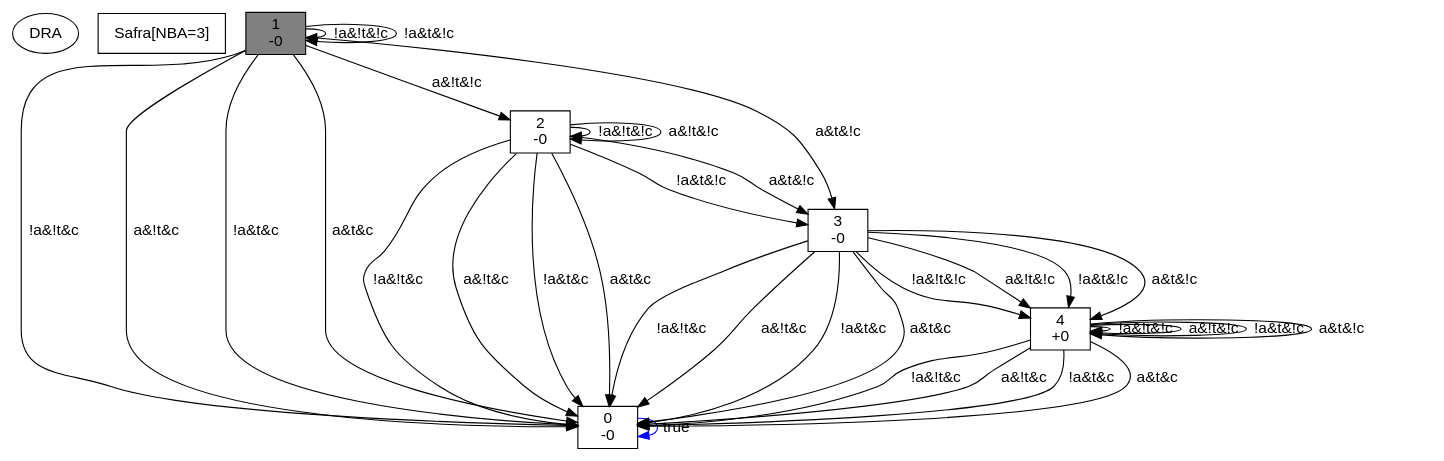
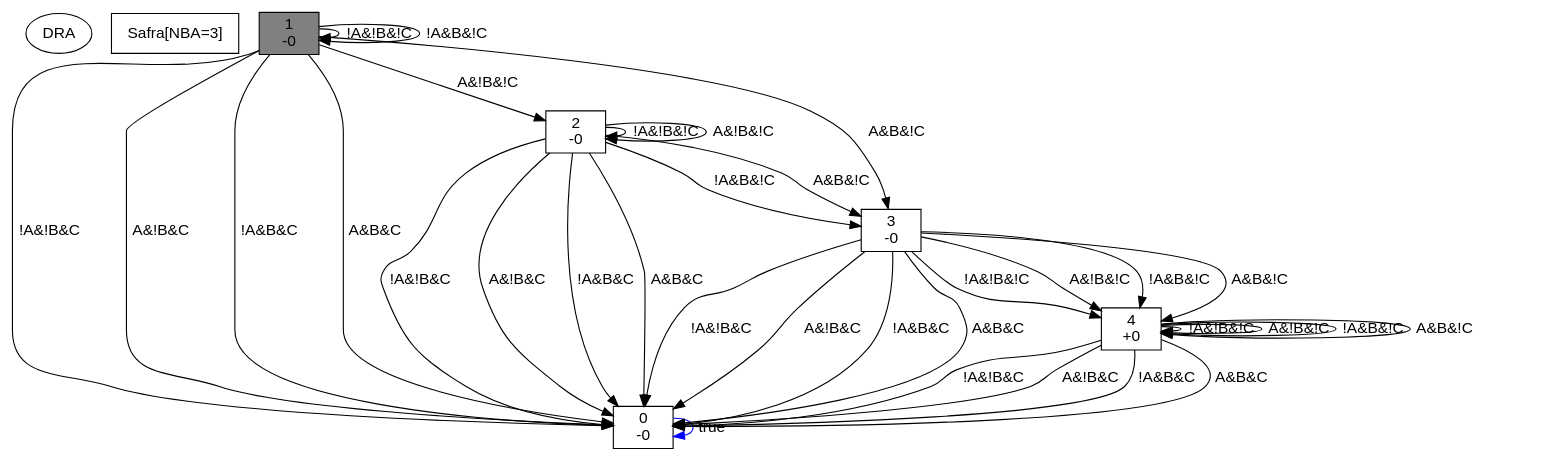
Before and after one commit to gaoqitong/DRA_Guide_Planning: the diagram in my.dot, drawn with Graphviz. The commit also changed 24 other files, not shown here.

```diff
--- a/my.dot
+++ b/my.dot
@@ -1,44 +1,44 @@
 digraph DRA {
  node [fontname=Helvetica]
  edge [constraints=false, fontname=Helvetica]
 "type" [shape=ellipse, label="DRA"]
 "comment" [shape=box, label="Safra[NBA=3]"]
 "0" [label= "0\n -0", shape=box]
 "0" -> "0" [label=" true", color=blue]
 "1" [label= "1\n -0", shape=box, style=filled, color=black, fillcolor=grey]
-"1" -> "1" [label=" !a&!t&!c"]
-"1" -> "2" [label=" a&!t&!c"]
-"1" -> "1" [label=" !a&t&!c"]
-"1" -> "3" [label=" a&t&!c"]
-"1" -> "0" [label=" !a&!t&c"]
-"1" -> "0" [label=" a&!t&c"]
-"1" -> "0" [label=" !a&t&c"]
-"1" -> "0" [label=" a&t&c"]
+"1" -> "1" [label=" !A&!B&!C"]
+"1" -> "2" [label=" A&!B&!C"]
+"1" -> "1" [label=" !A&B&!C"]
+"1" -> "3" [label=" A&B&!C"]
+"1" -> "0" [label=" !A&!B&C"]
+"1" -> "0" [label=" A&!B&C"]
+"1" -> "0" [label=" !A&B&C"]
+"1" -> "0" [label=" A&B&C"]
 "2" [label= "2\n -0", shape=box]
-"2" -> "2" [label=" !a&!t&!c"]
-"2" -> "2" [label=" a&!t&!c"]
-"2" -> "3" [label=" !a&t&!c"]
-"2" -> "3" [label=" a&t&!c"]
-"2" -> "0" [label=" !a&!t&c"]
-"2" -> "0" [label=" a&!t&c"]
-"2" -> "0" [label=" !a&t&c"]
-"2" -> "0" [label=" a&t&c"]
+"2" -> "2" [label=" !A&!B&!C"]
+"2" -> "2" [label=" A&!B&!C"]
+"2" -> "3" [label=" !A&B&!C"]
+"2" -> "3" [label=" A&B&!C"]
+"2" -> "0" [label=" !A&!B&C"]
+"2" -> "0" [label=" A&!B&C"]
+"2" -> "0" [label=" !A&B&C"]
+"2" -> "0" [label=" A&B&C"]
 "3" [label= "3\n -0", shape=box]
-"3" -> "4" [label=" !a&!t&!c"]
-"3" -> "4" [label=" a&!t&!c"]
-"3" -> "4" [label=" !a&t&!c"]
-"3" -> "4" [label=" a&t&!c"]
-"3" -> "0" [label=" !a&!t&c"]
-"3" -> "0" [label=" a&!t&c"]
-"3" -> "0" [label=" !a&t&c"]
-"3" -> "0" [label=" a&t&c"]
+"3" -> "4" [label=" !A&!B&!C"]
+"3" -> "4" [label=" A&!B&!C"]
+"3" -> "4" [label=" !A&B&!C"]
+"3" -> "4" [label=" A&B&!C"]
+"3" -> "0" [label=" !A&!B&C"]
+"3" -> "0" [label=" A&!B&C"]
+"3" -> "0" [label=" !A&B&C"]
+"3" -> "0" [label=" A&B&C"]
 "4" [label= "4\n +0", shape=box]
-"4" -> "4" [label=" !a&!t&!c"]
-"4" -> "4" [label=" a&!t&!c"]
-"4" -> "4" [label=" !a&t&!c"]
-"4" -> "4" [label=" a&t&!c"]
-"4" -> "0" [label=" !a&!t&c"]
-"4" -> "0" [label=" a&!t&c"]
-"4" -> "0" [label=" !a&t&c"]
-"4" -> "0" [label=" a&t&c"]
+"4" -> "4" [label=" !A&!B&!C"]
+"4" -> "4" [label=" A&!B&!C"]
+"4" -> "4" [label=" !A&B&!C"]
+"4" -> "4" [label=" A&B&!C"]
+"4" -> "0" [label=" !A&!B&C"]
+"4" -> "0" [label=" A&!B&C"]
+"4" -> "0" [label=" !A&B&C"]
+"4" -> "0" [label=" A&B&C"]
 }
```
